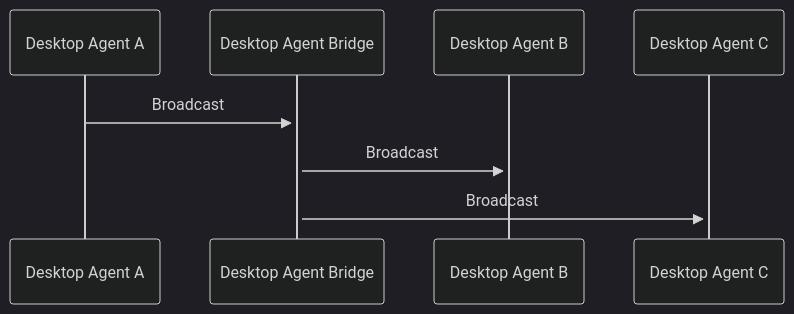
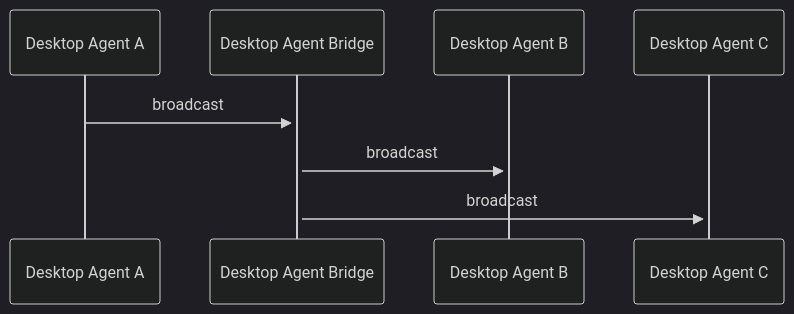
The third of 8 diagrams in docs/api-bridging/spec.md (finos/FDC3), drawn with Mermaid (dark theme) before and after one commit. The commit also changed other lines of this file, not shown here.

Commit message:
Update to DAB spec

````diff
--- a/docs/api-bridging/spec.md
+++ b/docs/api-bridging/spec.md
@@ -644,10 +661,10 @@
 ```mermaid
 sequenceDiagram
     participant DA as Desktop Agent A
     participant DAB as Desktop Agent Bridge
     participant DB as Desktop Agent B
     participant DC as Desktop Agent C
-    DA ->>+ DAB: Broadcast
-    DAB ->>+ DB: Broadcast
-    DAB ->>+ DC: Broadcast
+    DA ->>+ DAB: broadcast
+    DAB ->>+ DB: broadcast
+    DAB ->>+ DC: broadcast
 ```
````
